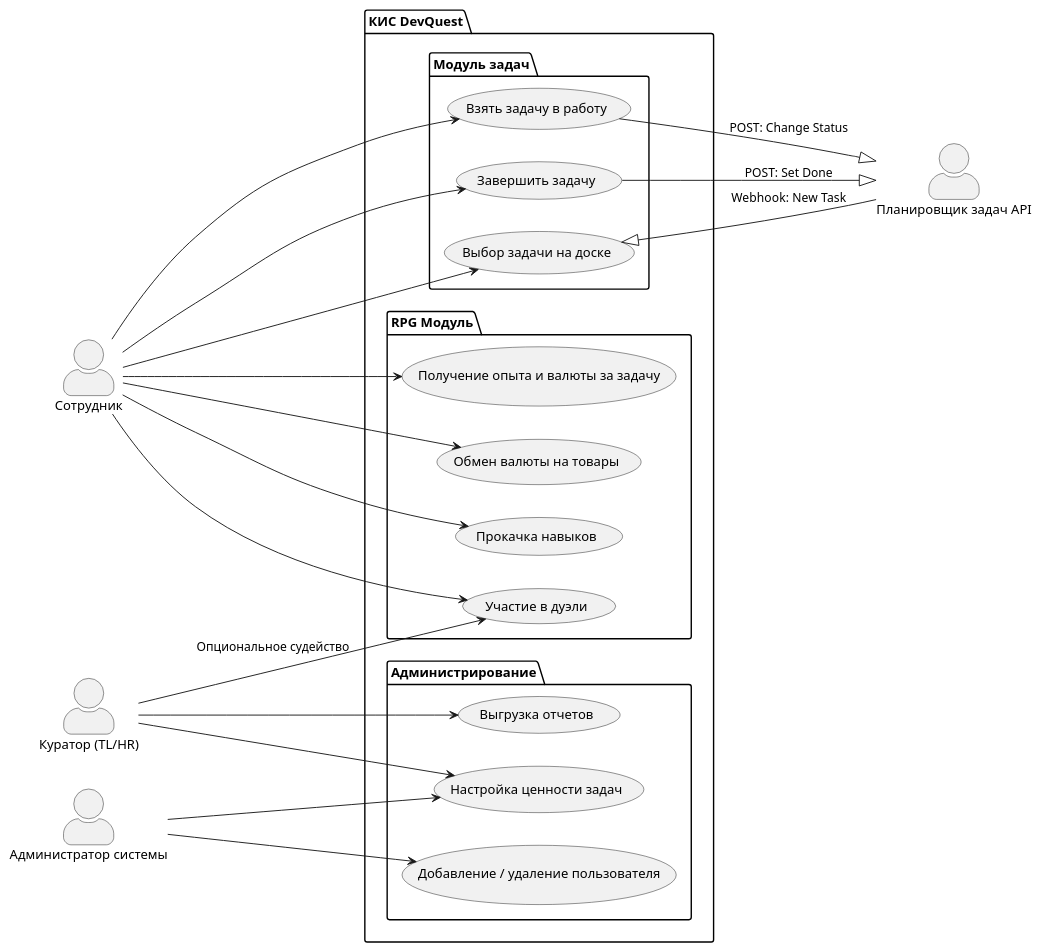
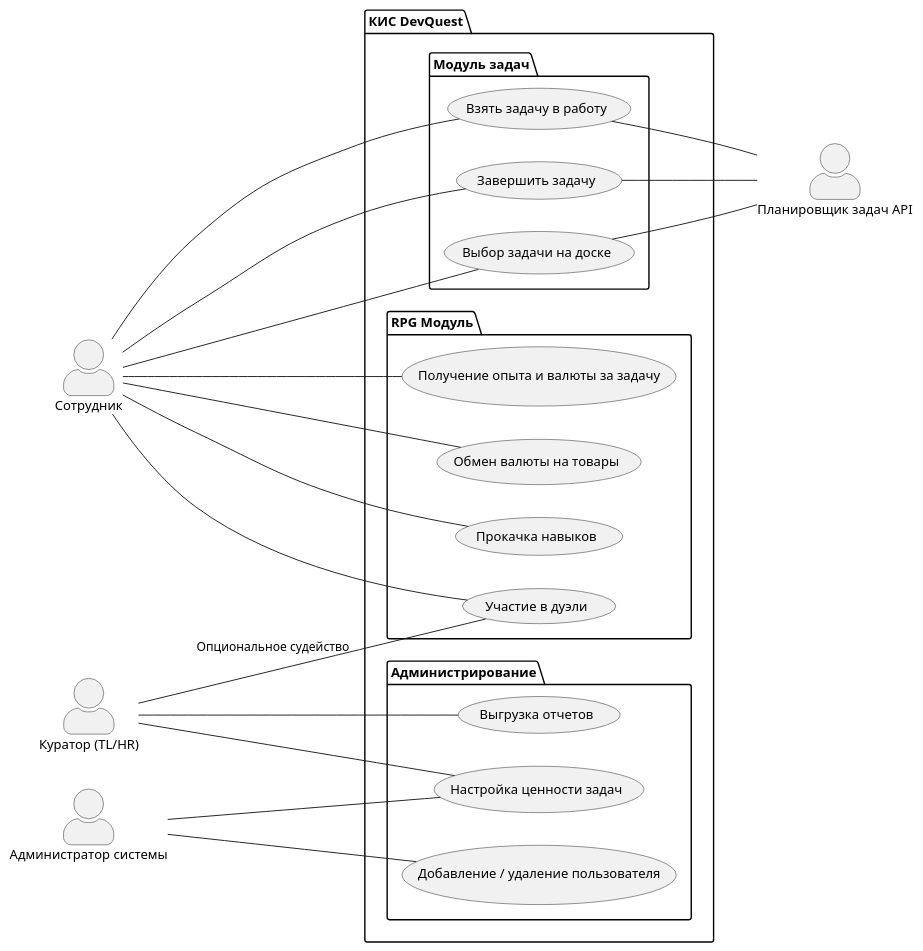
One commit to Qweyke/corp-game-system-devquest changed the diagram in use_case.plantuml. Above: the diagram before and after it, drawn with PlantUML. The commit also changed 1 other file, not shown here.

```diff
--- a/use_case.plantuml
+++ b/use_case.plantuml
@@ -1,53 +1,53 @@
 @startuml
 skinparam actorStyle awesome
 left to right direction
 
 actor "Сотрудник" as User
 actor "Куратор (TL/HR)" as Curator
 actor "Администратор системы" as Admin
 actor "Планировщик задач API" as TaskTracker
 
 package "КИС DevQuest" {
     
     package "Модуль задач" {
         usecase "Выбор задачи на доске" as UC_View
         usecase "Взять задачу в работу" as UC_Take
         usecase "Завершить задачу" as UC_Done
     }
     
     package "RPG Модуль" {
         usecase "Получение опыта и валюты за задачу" as UC_Level
         usecase "Участие в дуэли" as UC_Duel
         usecase "Обмен валюты на товары" as UC_Shop
         usecase "Прокачка навыков" as UC_Stats
     }
     
     package "Администрирование" {
         usecase "Настройка ценности задач" as UC_Config
         usecase "Выгрузка отчетов" as UC_Reports
         usecase "Добавление / удаление пользователя" as UC_Add
     }
 }
 
 ' Связи Сотрудника
-User --> UC_View
-User --> UC_Take
-User --> UC_Done
-User --> UC_Level
-User --> UC_Duel
-User --> UC_Shop
-User --> UC_Stats
+User -- UC_View
+User -- UC_Take
+User -- UC_Done
+User -- UC_Level
+User -- UC_Duel
+User -- UC_Shop
+User -- UC_Stats
 
 ' Связи Куратора и Админа
-Curator --> UC_Config
-Curator --> UC_Reports
-Curator --> UC_Duel : "Опциональное судейство"
-Admin --> UC_Config
-Admin --> UC_Add
+Curator -- UC_Config
+Curator -- UC_Reports
+Curator -- UC_Duel : "Опциональное судейство"
+Admin -- UC_Config
+Admin -- UC_Add
 
 ' Взаимодействие с внешней системой
-UC_Take --|> TaskTracker : "POST: Change Status"
-UC_Done --|> TaskTracker : "POST: Set Done"
-TaskTracker --|> UC_View : "Webhook: New Task"
+UC_Take -- TaskTracker 
+UC_Done -- TaskTracker 
+TaskTracker -- UC_View
 
 @enduml
```
